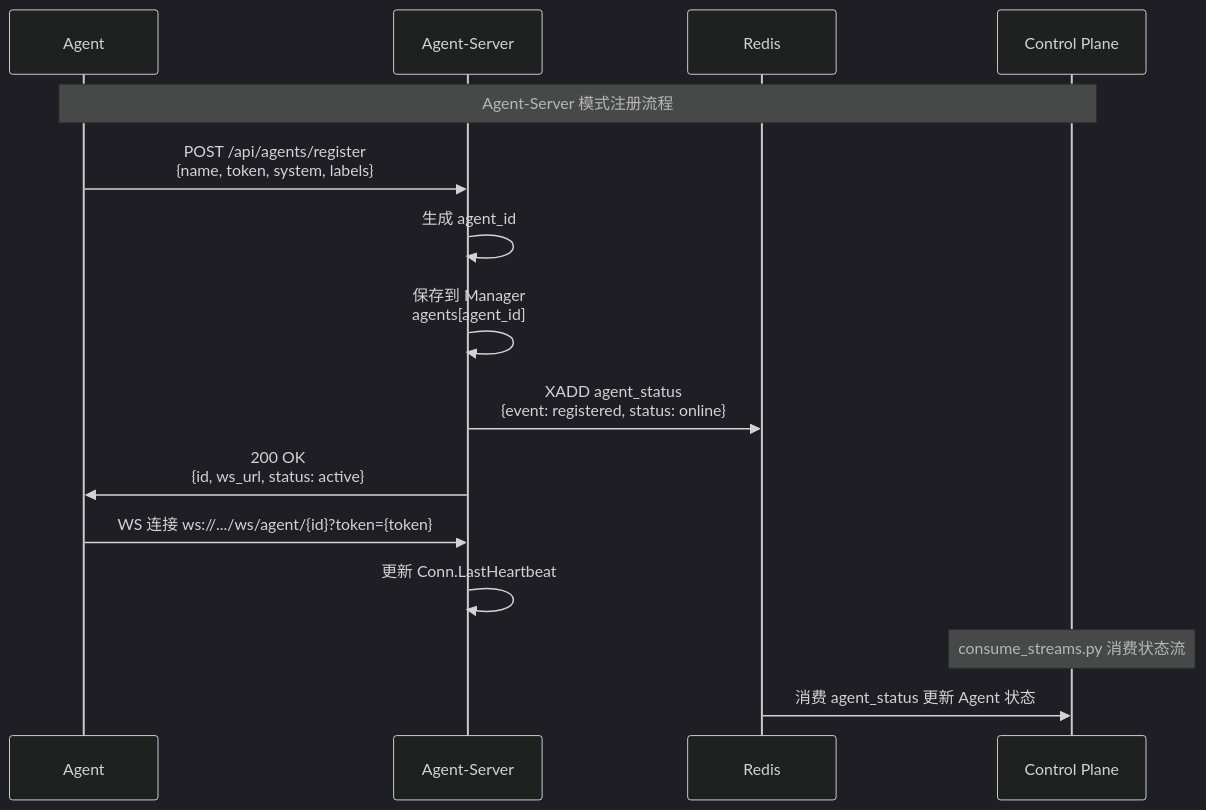
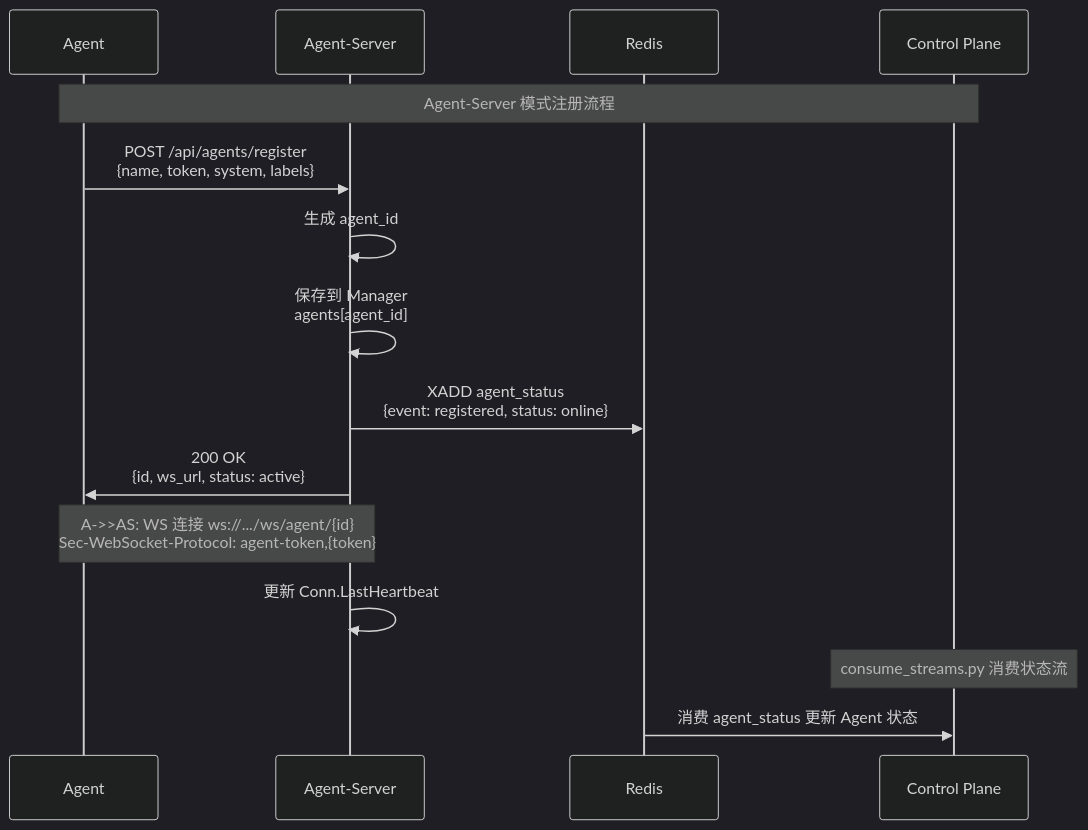
The second of 4 diagrams in README.md (yhkkkkk/ops-jobs), drawn with Mermaid (dark theme) before and after one commit. The commit also changed 7 other files, not shown here.

````diff
--- a/README.md
+++ b/README.md
@@ -840,20 +840,20 @@
 ```mermaid
 sequenceDiagram
     participant A as Agent
     participant AS as Agent-Server
     participant R as Redis
     participant CP as Control Plane
 
     Note over A,CP: Agent-Server 模式注册流程
 
     A->>AS: POST /api/agents/register<br/>{name, token, system, labels}
     AS->>AS: 生成 agent_id
     AS->>AS: 保存到 Manager<br/>agents[agent_id]
     AS->>R: XADD agent_status<br/>{event: registered, status: online}
     AS->>A: 200 OK<br/>{id, ws_url, status: active}
-    A->>AS: WS 连接 ws://.../ws/agent/{id}?token={token}
+    Note over A,AS: A->>AS: WS 连接 ws://.../ws/agent/{id}<br/>Sec-WebSocket-Protocol: agent-token,{token}
     AS->>AS: 更新 Conn.LastHeartbeat
 
     Note over CP: consume_streams.py 消费状态流
     R->>CP: 消费 agent_status 更新 Agent 状态
 ```
````
